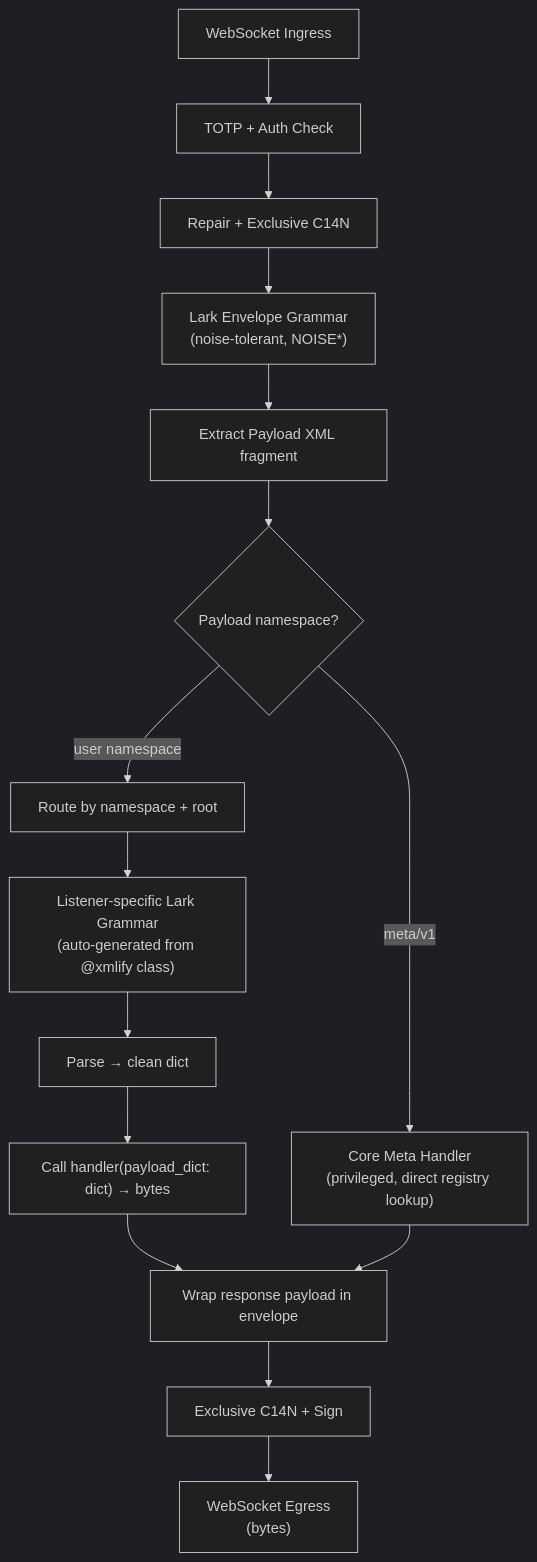
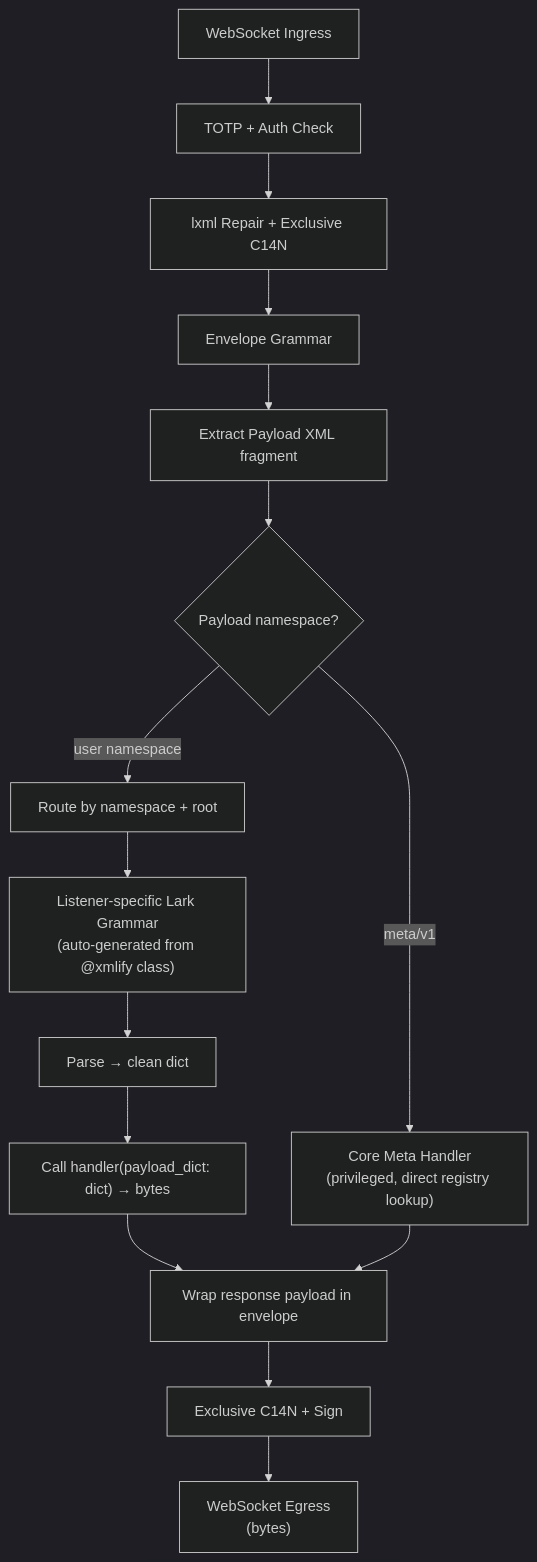
Before and after one commit to dullfig/Xml-pipeline: the diagram in docs/message-pump.md, drawn with Mermaid (dark theme). The commit also changed other lines of this file and 9 other files, not shown here.

````diff
--- a/docs/message-pump.md
+++ b/docs/message-pump.md
@@ -5,19 +5,19 @@
 ```mermaid
 flowchart TD
     A[WebSocket Ingress<br>] --> B[TOTP + Auth Check]
-    B --> C[Repair + Exclusive C14N]
-    C --> D["Lark Envelope Grammar<br>(noise-tolerant, NOISE*)"]
+    B --> C[lxml Repair + Exclusive C14N]
+    C --> D["Envelope Grammar<br>"]
     D --> E[Extract Payload XML fragment]
     E --> F{Payload namespace?}
     
     F -->|meta/v1| G["Core Meta Handler<br>(privileged, direct registry lookup)"]
     F -->|user namespace| H[Route by namespace + root]
     H --> I["Listener-specific Lark Grammar<br>(auto-generated from @xmlify class)"]
     I --> J[Parse → clean dict]
     J --> K["Call handler(payload_dict: dict) → bytes"]
     K --> L[Wrap response payload in envelope]
     
     G --> L
     L --> M[Exclusive C14N + Sign]
     M --> N["WebSocket Egress<br>(bytes)"]
 ```
````
